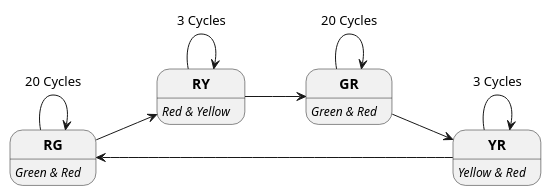
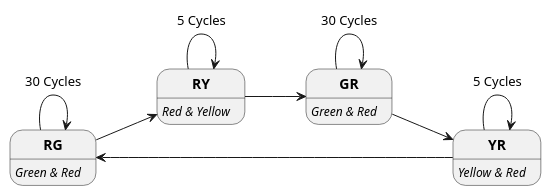
Before and after one commit to Taewoo0927/ELEX7660-Digital-System-Design: the diagram in Lecture Example/Traffic Control/TrafficCTR_State.plantuml, drawn with PlantUML. The commit also changed 2 other files, not shown here.

```diff
--- a/Lecture Example/Traffic Control/TrafficCTR_State.plantuml
+++ b/Lecture Example/Traffic Control/TrafficCTR_State.plantuml
@@ -5,27 +5,27 @@
 @startuml TrafficState
 
 ' Set direction to horizontal
 left to right direction
 state "<b>RG" as RG : <i>Green & Red
 state "<b>RY" as RY : <i>Red & Yellow
 state "<b>GR" as GR : <i>Green & Red
 state "<b>YR" as YR : <i>Yellow & Red
 
 RG --> RY
 RY --> GR
 GR --> YR
 YR --> RG
 
 ' Green 30 seconds
-RG --> RG : 20 Cycles
+RG --> RG : 30 Cycles
 ' Yellow 5 seconds
-RY --> RY : 3 Cycles
+RY --> RY : 5 Cycles
 ' Green 30 seconds
-GR --> GR : 20 Cycles
-' Yellow 5 seconds
-YR --> YR : 3 Cycles   
+GR --> GR : 30 Cycles
+' Yellow 5 seconds // assuming 1 cycle per second -> 1 Hz 
+YR --> YR : 5 Cycles   
 
 
 
 
 @enduml
```
